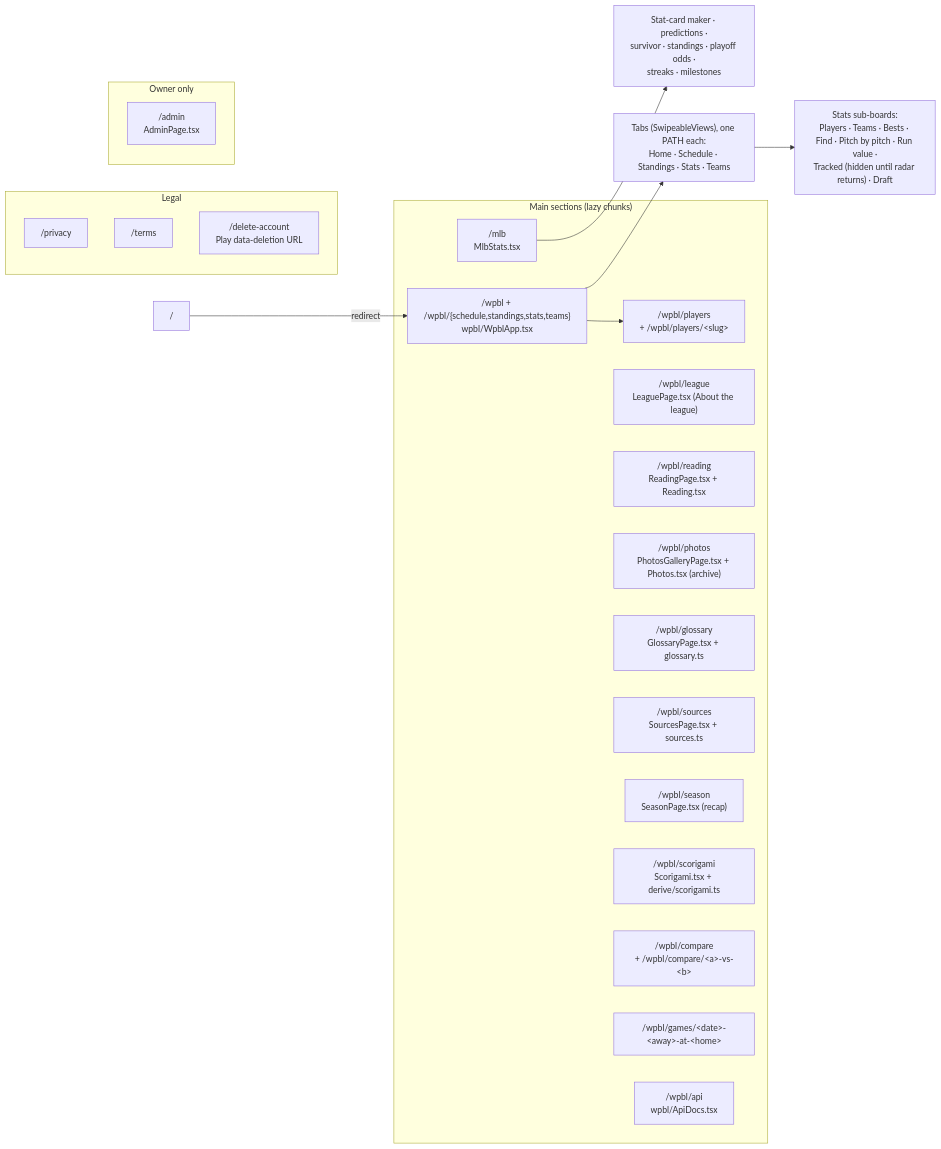
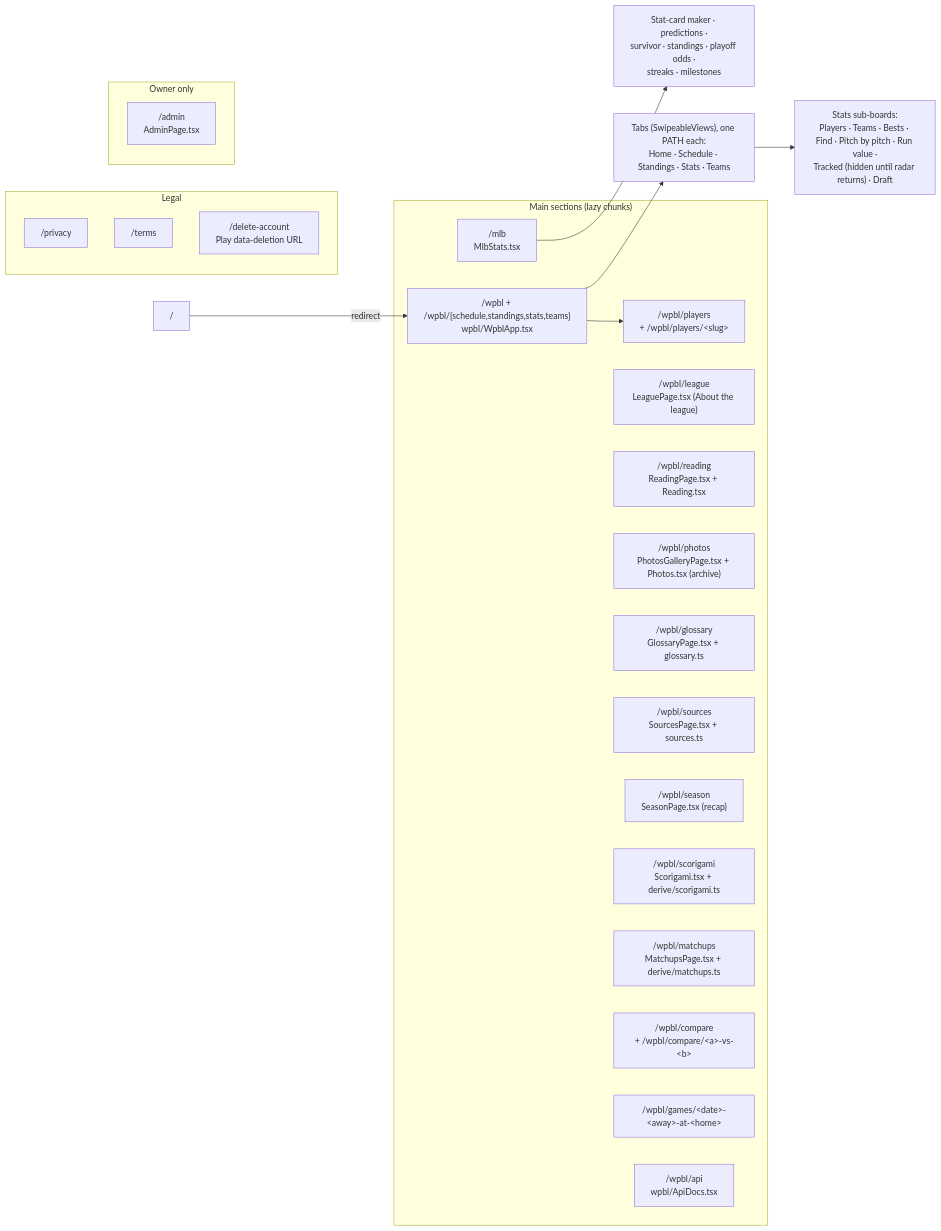
The second of 5 diagrams in ARCHITECTURE.md (sportydolphin/fun), drawn with Mermaid before and after one commit. The commit also changed other lines of this file and 22 other files, not shown here.

````diff
--- a/ARCHITECTURE.md
+++ b/ARCHITECTURE.md
@@ -98,34 +98,35 @@
 ```mermaid
 flowchart LR
     subgraph Main["Main sections (lazy chunks)"]
         mlb["/mlb<br/>MlbStats.tsx"]
         wpbl["/wpbl + /wpbl/{schedule,standings,stats,teams}<br/>wpbl/WpblApp.tsx"]
         wplayers["/wpbl/players<br/>+ /wpbl/players/&lt;slug&gt;"]
         wleague["/wpbl/league<br/>LeaguePage.tsx (About the league)"]
         wreading["/wpbl/reading<br/>ReadingPage.tsx + Reading.tsx"]
         wphotos["/wpbl/photos<br/>PhotosGalleryPage.tsx + Photos.tsx (archive)"]
         wgloss["/wpbl/glossary<br/>GlossaryPage.tsx + glossary.ts"]
         wsrc["/wpbl/sources<br/>SourcesPage.tsx + sources.ts"]
         wseason["/wpbl/season<br/>SeasonPage.tsx (recap)"]
         wscori["/wpbl/scorigami<br/>Scorigami.tsx + derive/scorigami.ts"]
+        wmatch["/wpbl/matchups<br/>MatchupsPage.tsx + derive/matchups.ts"]
         wcmp["/wpbl/compare<br/>+ /wpbl/compare/&lt;a&gt;-vs-&lt;b&gt;"]
         wgames["/wpbl/games/&lt;date&gt;-&lt;away&gt;-at-&lt;home&gt;"]
         api["/wpbl/api<br/>wpbl/ApiDocs.tsx"]
     end
 
     subgraph Legal["Legal"]
         priv["/privacy"]
         terms["/terms"]
         del["/delete-account<br/>Play data-deletion URL"]
     end
 
     subgraph Owner["Owner only"]
         adm["/admin<br/>AdminPage.tsx"]
     end
 
     root["/"] -->|redirect| wpbl
     wpbl --> wtabs["Tabs (SwipeableViews), one PATH each:<br/>Home · Schedule · Standings · Stats · Teams"]
     wtabs --> wstats["Stats sub-boards:<br/>Players · Teams · Bests · Find · Pitch by pitch · Run value ·<br/>Tracked (hidden until radar returns) · Draft"]
     wpbl --> wplayers
     mlb --> mtabs["Stat-card maker · predictions ·<br/>survivor · standings · playoff odds ·<br/>streaks · milestones"]
 ```
````
